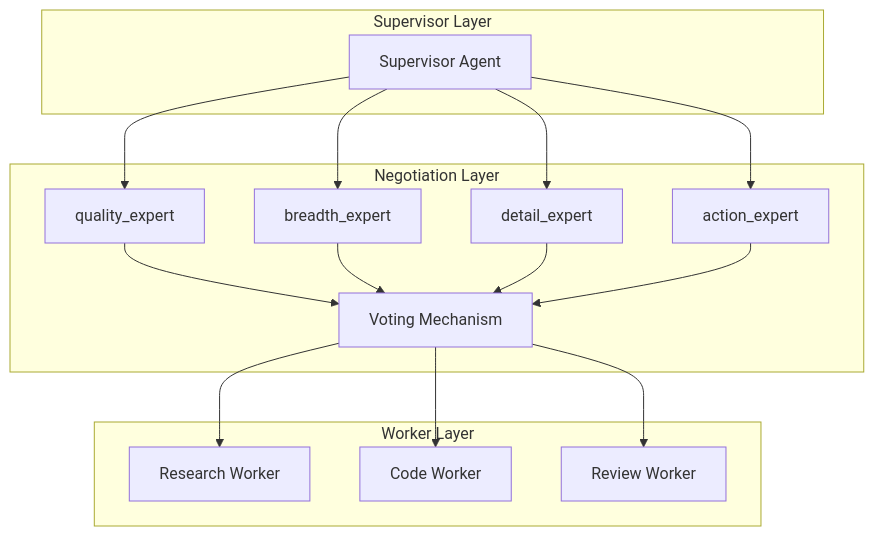
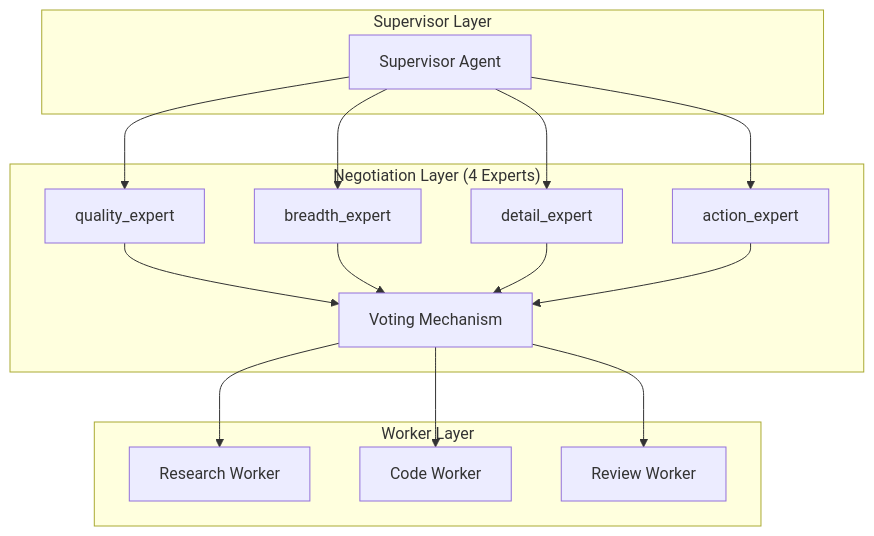
One commit to xiangbianpangde/mas-evolution-test changed the diagram in README.md. Above: the diagram before and after it, drawn with Mermaid. The commit also changed other lines of this file, not shown here.

````diff
--- a/README.md
+++ b/README.md
@@ -16,32 +16,32 @@
 ```mermaid
 graph TB
     subgraph "Supervisor Layer"
         S[Supervisor Agent]
     end
     
-    subgraph "Negotiation Layer"
+    subgraph "Negotiation Layer (4 Experts)"
         Q1[quality_expert]
         Q2[breadth_expert]
         Q3[detail_expert]
         Q4[action_expert]
         V[Voting Mechanism]
     end
     
     subgraph "Worker Layer"
         W1[Research Worker]
         W2[Code Worker]
         W3[Review Worker]
     end
     
     S --> Q1
     S --> Q2
     S --> Q3
     S --> Q4
     Q1 --> V
     Q2 --> V
     Q3 --> V
     Q4 --> V
     V --> W1
     V --> W2
     V --> W3
 ```
````
